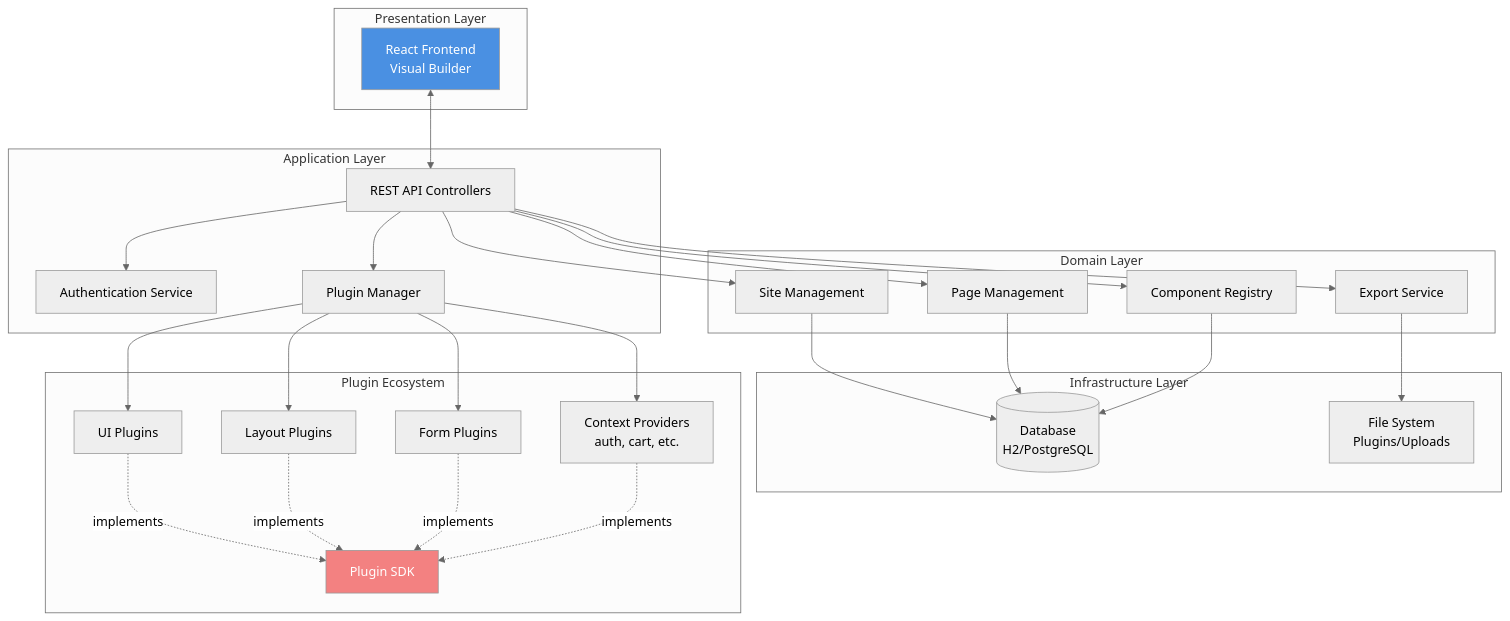
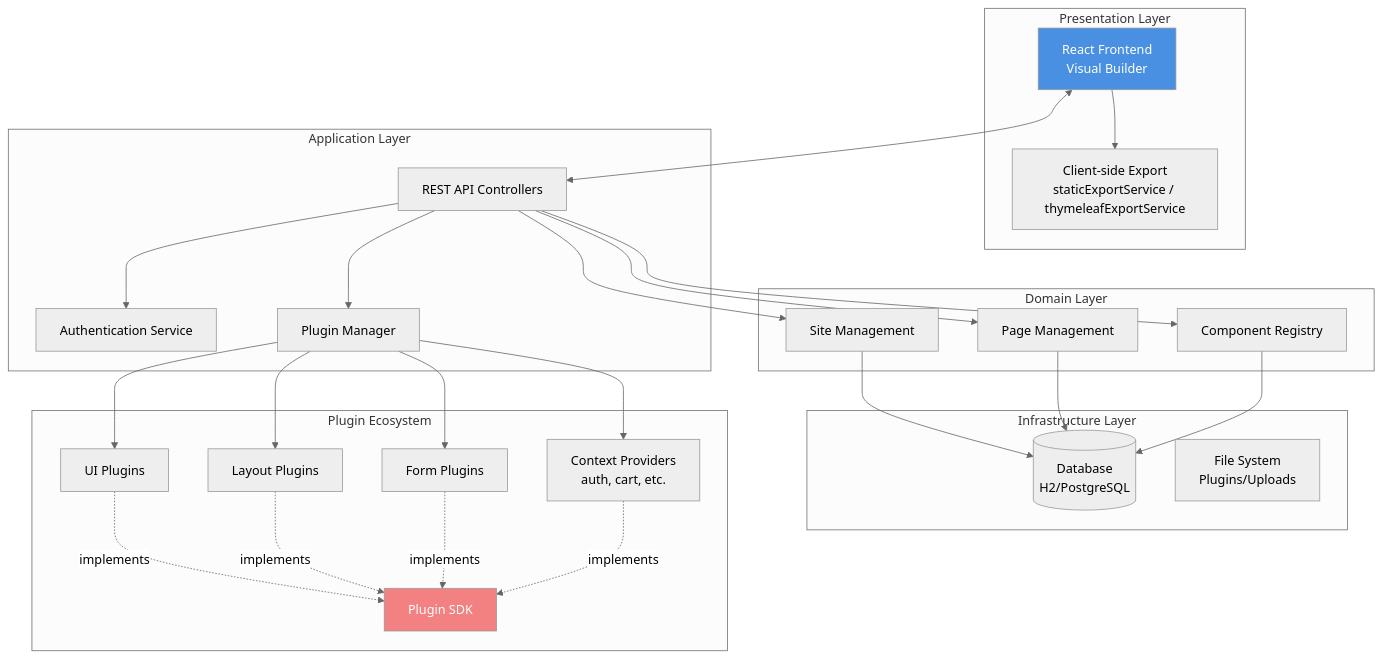
Before and after one commit to Visual-Site-Designer-VSD/visual-site-designer: the first of 4 diagrams in docs/architecture/arc42/04-solution-strategy.md, drawn with Mermaid (neutral theme). The commit also changed other lines of this file and 15 other files, not shown here.

````diff
--- a/docs/architecture/arc42/04-solution-strategy.md
+++ b/docs/architecture/arc42/04-solution-strategy.md
@@ -49,57 +49,56 @@
 ```mermaid
 graph TB
     subgraph "Presentation Layer"
         UI[React Frontend<br/>Visual Builder]
+        EXPORT[Client-side Export<br/>staticExportService / thymeleafExportService]
     end
 
     subgraph "Application Layer"
         API[REST API Controllers]
         AUTH[Authentication Service]
         PLUGIN_MGR[Plugin Manager]
     end
 
     subgraph "Domain Layer"
         SITE[Site Management]
         PAGE[Page Management]
         COMP[Component Registry]
-        EXPORT[Export Service]
     end
 
     subgraph "Infrastructure Layer"
         DB[(Database<br/>H2/PostgreSQL)]
         FS[File System<br/>Plugins/Uploads]
     end
 
     subgraph "Plugin Ecosystem"
         P1[UI Plugins]
         P2[Layout Plugins]
         P3[Form Plugins]
         P4[Context Providers<br/>auth, cart, etc.]
         SDK[Plugin SDK]
     end
 
     UI <--> API
+    UI --> EXPORT
     API --> AUTH
     API --> PLUGIN_MGR
     API --> SITE
     API --> PAGE
     API --> COMP
-    API --> EXPORT
 
     SITE --> DB
     PAGE --> DB
     COMP --> DB
-    EXPORT --> FS
 
     PLUGIN_MGR --> P1
     PLUGIN_MGR --> P2
     PLUGIN_MGR --> P3
     PLUGIN_MGR --> P4
     P1 -.implements.-> SDK
     P2 -.implements.-> SDK
     P3 -.implements.-> SDK
     P4 -.implements.-> SDK
 
     style UI fill:#4a90e2,color:#fff
     style SDK fill:#f38181,color:#fff
 ```
````
